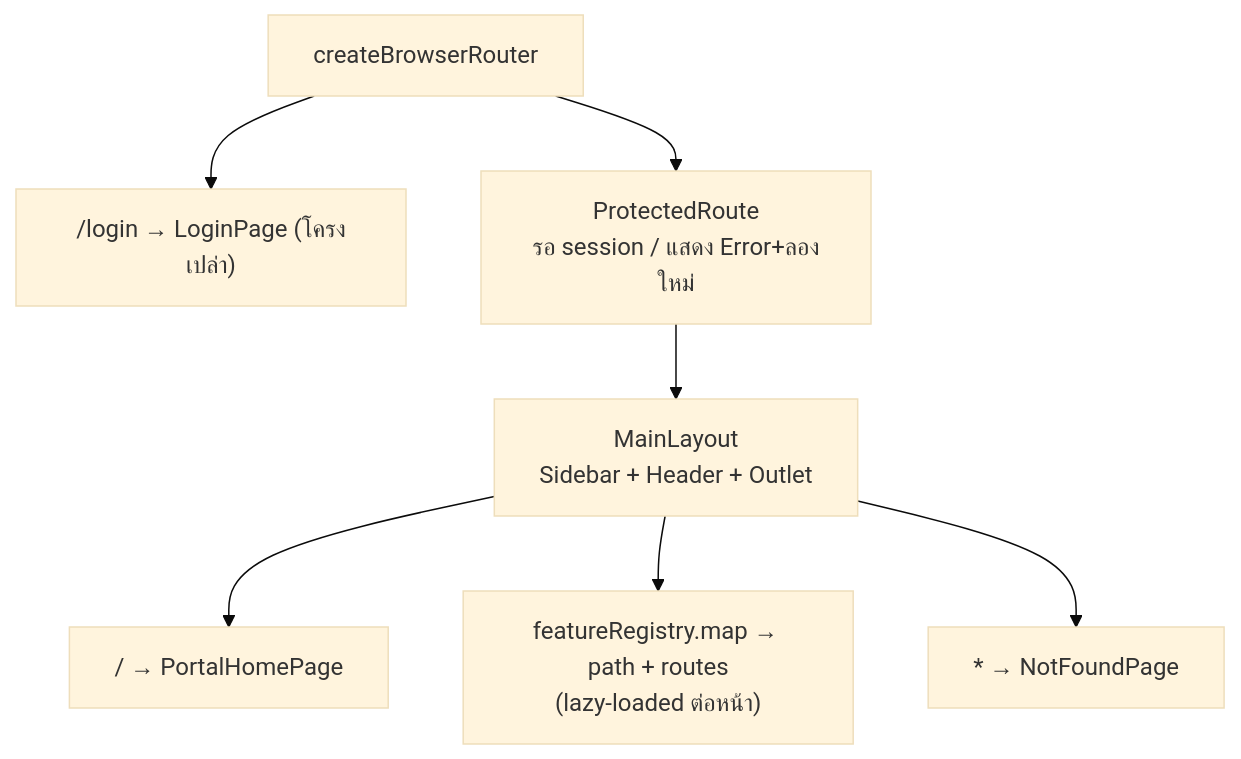
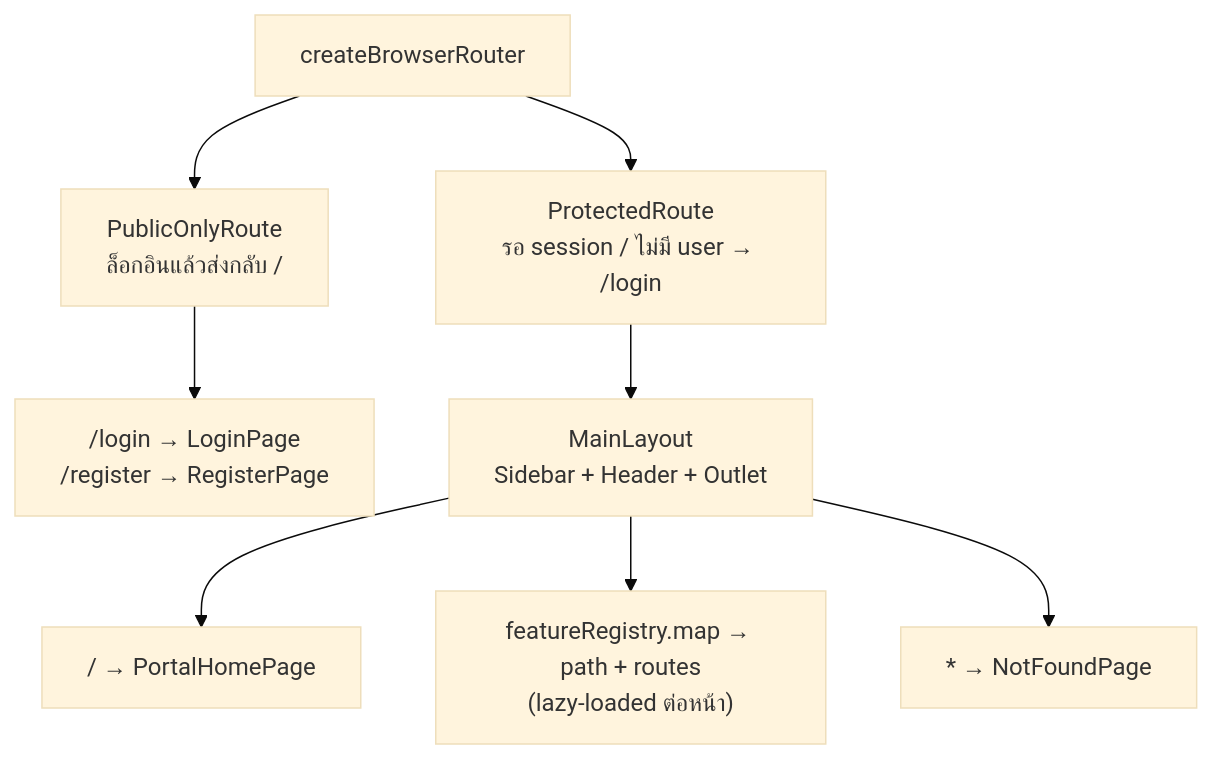
Before and after one commit to Paktakraw/cekha-dairy-tools: the third of 14 diagrams in docs/spec/system-design.md, drawn with Mermaid (base theme). The commit also changed other lines of this file and 36 other files, not shown here.

````diff
--- a/docs/spec/system-design.md
+++ b/docs/spec/system-design.md
@@ -109,9 +112,10 @@
 ```mermaid
 flowchart TD
-  R[createBrowserRouter] --> L["/login → LoginPage (โครงเปล่า)"]
-  R --> PR[ProtectedRoute<br/>รอ session / แสดง Error+ลองใหม่]
+  R[createBrowserRouter] --> PO["PublicOnlyRoute<br/>ล็อกอินแล้วส่งกลับ /"]
+  PO --> L["/login → LoginPage<br/>/register → RegisterPage"]
+  R --> PR[ProtectedRoute<br/>รอ session / ไม่มี user → /login]
   PR --> ML[MainLayout<br/>Sidebar + Header + Outlet]
   ML --> H["/ → PortalHomePage"]
   ML --> F["featureRegistry.map → path + routes<br/>(lazy-loaded ต่อหน้า)"]
   ML --> NF["* → NotFoundPage"]
 ```
````
